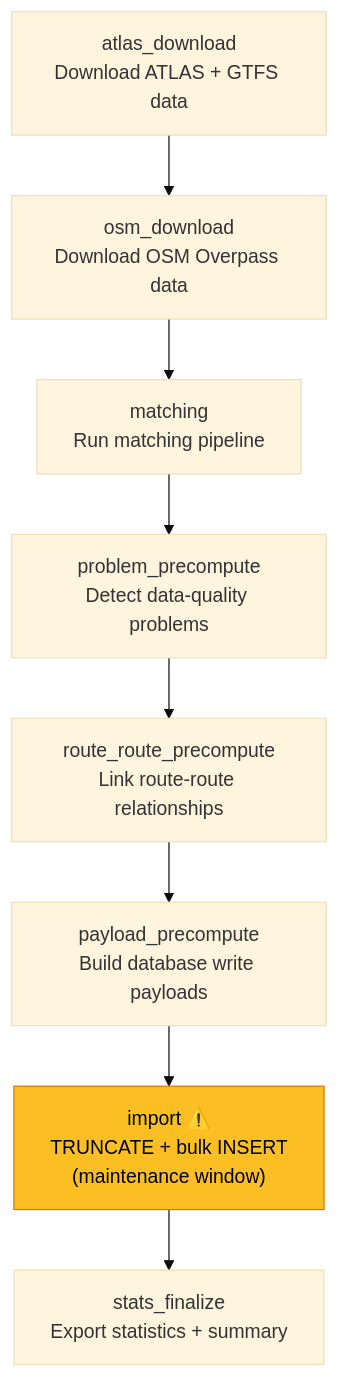
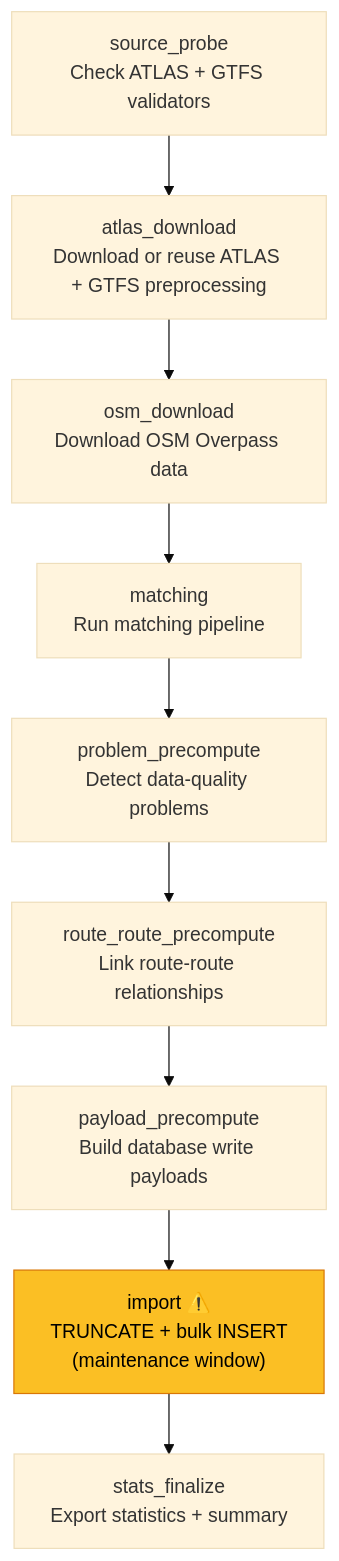
One commit to openTdataCH/stop_sync_osm_atlas changed the second of 5 diagrams in documentation/6.3 Background Scheduler.md. Above: the diagram before and after it, drawn with Mermaid (base theme). The commit also changed other lines of this file and 20 other files, not shown here.

Commit message:
Made Redis optional and process atlas data just if it has been updated.

````diff
--- a/documentation/6.3 Background Scheduler.md
+++ b/documentation/6.3 Background Scheduler.md
@@ -36,12 +36,13 @@
 ```mermaid
 flowchart TD
-    A["atlas_download\nDownload ATLAS + GTFS data"] --> B["osm_download\nDownload OSM Overpass data"]
-    B --> C["matching\nRun matching pipeline"]
-    C --> D["problem_precompute\nDetect data-quality problems"]
-    D --> E["route_route_precompute\nLink route-route relationships"]
-    E --> F["payload_precompute\nBuild database write payloads"]
-    F --> G["import ⚠️\nTRUNCATE + bulk INSERT\n(maintenance window)"]
-    G --> H["stats_finalize\nExport statistics + summary"]
+    A["source_probe\nCheck ATLAS + GTFS validators"] --> B["atlas_download\nDownload or reuse ATLAS + GTFS preprocessing"]
+    B --> C["osm_download\nDownload OSM Overpass data"]
+    C --> D["matching\nRun matching pipeline"]
+    D --> E["problem_precompute\nDetect data-quality problems"]
+    E --> F["route_route_precompute\nLink route-route relationships"]
+    F --> G["payload_precompute\nBuild database write payloads"]
+    G --> H["import ⚠️\nTRUNCATE + bulk INSERT\n(maintenance window)"]
+    H --> I["stats_finalize\nExport statistics + summary"]
 
-    style G fill:#fbbf24,stroke:#d97706,color:#000
+    style H fill:#fbbf24,stroke:#d97706,color:#000
 ```
````
